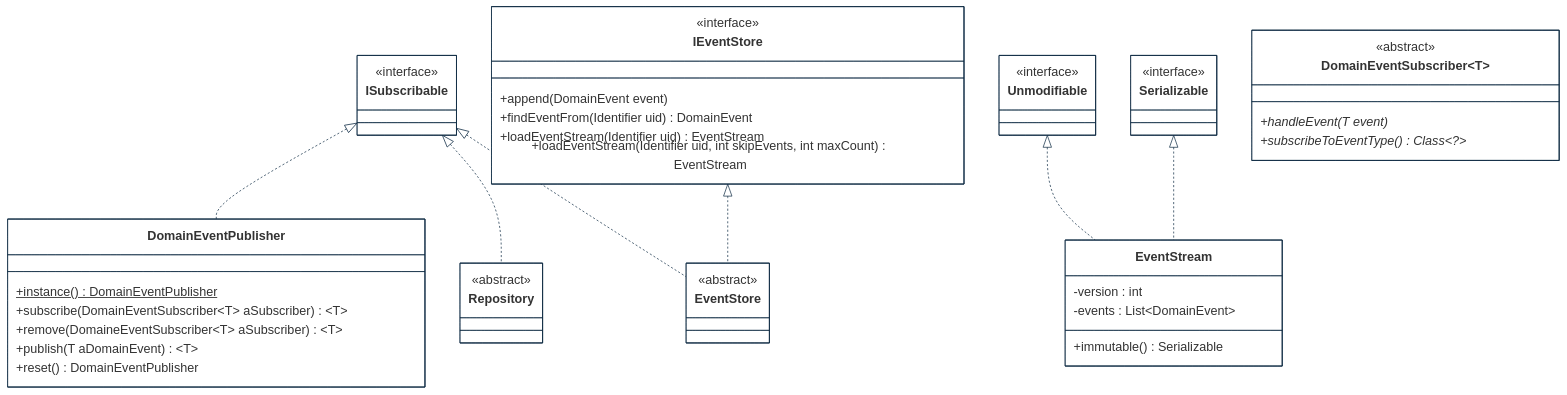
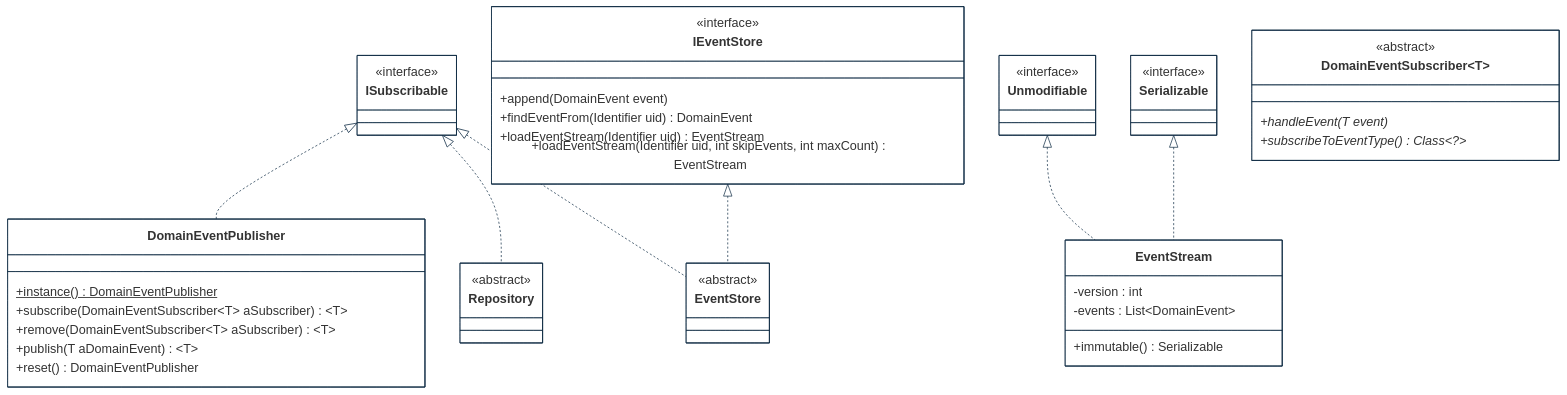
Before and after one commit to cybnity/foundation: the fifth of 7 diagrams in implementations-line/framework/domain/designview-packages.md, drawn with Mermaid. The commit also changed other lines of this file, not shown here.

````diff
--- a/implementations-line/framework/domain/designview-packages.md
+++ b/implementations-line/framework/domain/designview-packages.md
@@ -258,67 +272,67 @@
 ```mermaid
 %%{
   init: {
     'theme': 'base',
     'themeVariables': {
         'background': '#ffffff',
         'fontFamily': 'arial',
         'fontSize': '18px',
         'primaryColor': '#fff',
         'primaryBorderColor': '#0e2a43',
         'secondaryBorderColor': '#0e2a43',
         'tertiaryBorderColor': '#0e2a43',
         'edgeLabelBackground':'#0e2a43',
         'lineColor': '#0e2a43',
         'tertiaryColor': '#fff'
     }
   }
 }%%
 classDiagram
     ISubscribable <|.. DomainEventPublisher
     ISubscribable <|.. Repository
     ISubscribable <|.. EventStore
     IEventStore <|.. EventStore
     Unmodifiable <|.. EventStream
     Serializable <|.. EventStream
 
     class Serializable {
         <<interface>>
     }
     class ISubscribable {
         <<interface>>
     }
     class EventStore {
         <<abstract>>
     }
     class IEventStore {
         <<interface>>
         +append(DomainEvent event)
         +findEventFrom(Identifier uid) DomainEvent
         +loadEventStream(Identifier uid) EventStream
         +loadEventStream(Identifier uid, int skipEvents, int maxCount) EventStream
     }
     class Repository {
         <<abstract>>
     }
     class DomainEventSubscriber~T~ {
         <<abstract>>
         +handleEvent(T event)*
         +subscribeToEventType()* Class~?~
     }
     class DomainEventPublisher {
         +instance()$ DomainEventPublisher
         +subscribe(DomainEventSubscriber~T~ aSubscriber) ~T~
-        +remove(DomaineEventSubscriber~T~ aSubscriber) ~T~
+        +remove(DomainEventSubscriber~T~ aSubscriber) ~T~
         +publish(T aDomainEvent) ~T~
         +reset() DomainEventPublisher
     }
     class EventStream {
         -version : int
         -events : List~DomainEvent~
         +immutable() Serializable
     }
     class Unmodifiable {
         <<interface>>
     }
 
 ```
````
